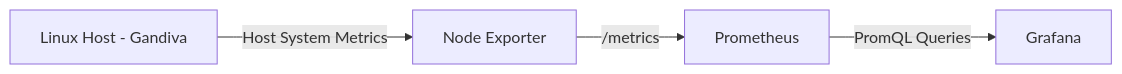
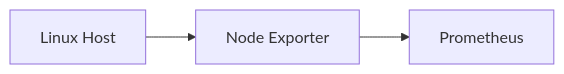
Before and after one commit to akshaykocharekar/monitoring-stack: the first of 3 diagrams in docs/docs.md, drawn with Mermaid. The commit also changed other lines of this file and 14 other files, not shown here.

````diff
--- a/docs/docs.md
+++ b/docs/docs.md
@@ -74,11 +32,6 @@
 ```mermaid
 flowchart LR
-    A[Linux Host - Gandiva]
-    B[Node Exporter]
-    C[Prometheus]
-    D[Grafana]
+    A[Linux Host] --> B[Node Exporter]
+    B --> C[Prometheus]
 
-    A -->|Host System Metrics| B
-    B -->|/metrics| C
-    C -->|PromQL Queries| D
 ```
````
